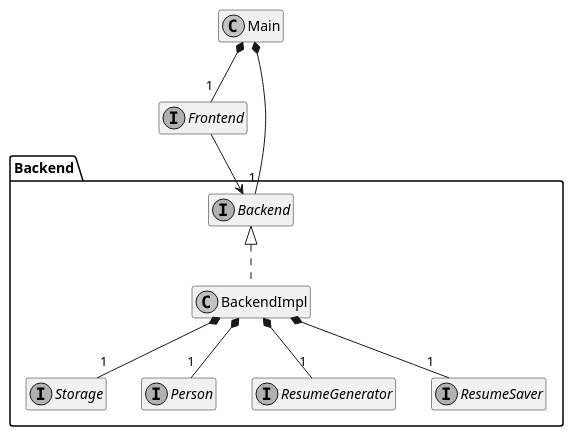
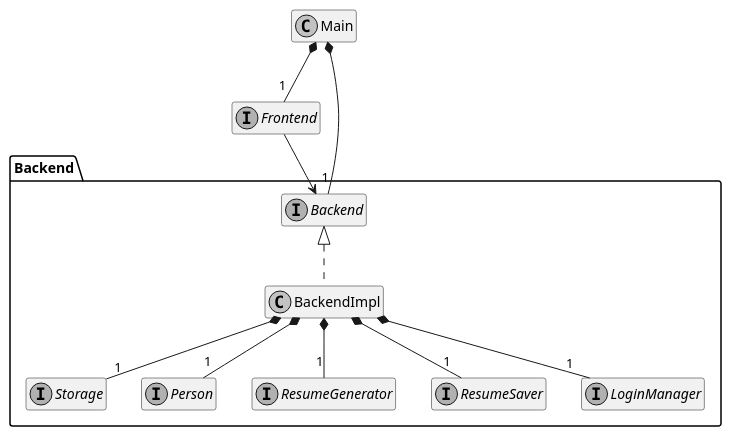
One commit to marckysan/ResuMe changed the diagram in docs/diagrams/BackendArchitectureClassDiagram.puml. Above: the diagram before and after it, drawn with PlantUML. The commit also changed 5 other files, not shown here.

Commit message:
Integrate login manager into Backend

```diff
--- a/docs/diagrams/BackendArchitectureClassDiagram.puml
+++ b/docs/diagrams/BackendArchitectureClassDiagram.puml
@@ -1,30 +1,33 @@
 @startuml
 
 skinparam monochrome true
 hide empty members
 
 class Main
 interface Frontend
+
 Main *-- "1" Backend.Backend
 Main *-- "1" Frontend
 Frontend --> Backend.Backend
 
 namespace Backend {
 
 interface Backend
 class BackendImpl
 Backend <|.. BackendImpl
 
 interface Storage
 interface Person
 interface ResumeGenerator
 interface ResumeSaver
+interface LoginManager
 
 BackendImpl *-- "1" Storage
 BackendImpl *-- "1" Person
 BackendImpl *-- "1" ResumeGenerator
 BackendImpl *-- "1" ResumeSaver
+BackendImpl *-- "1" LoginManager
 
 }
 
 @enduml
```
